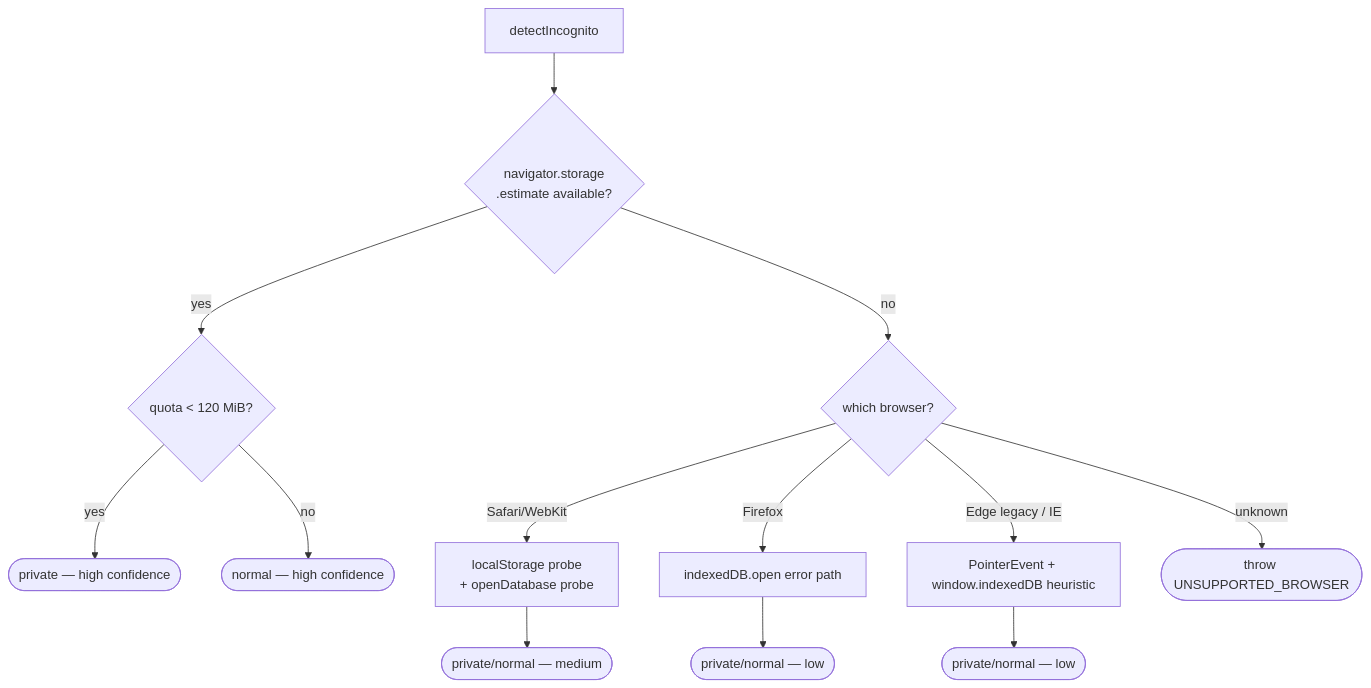
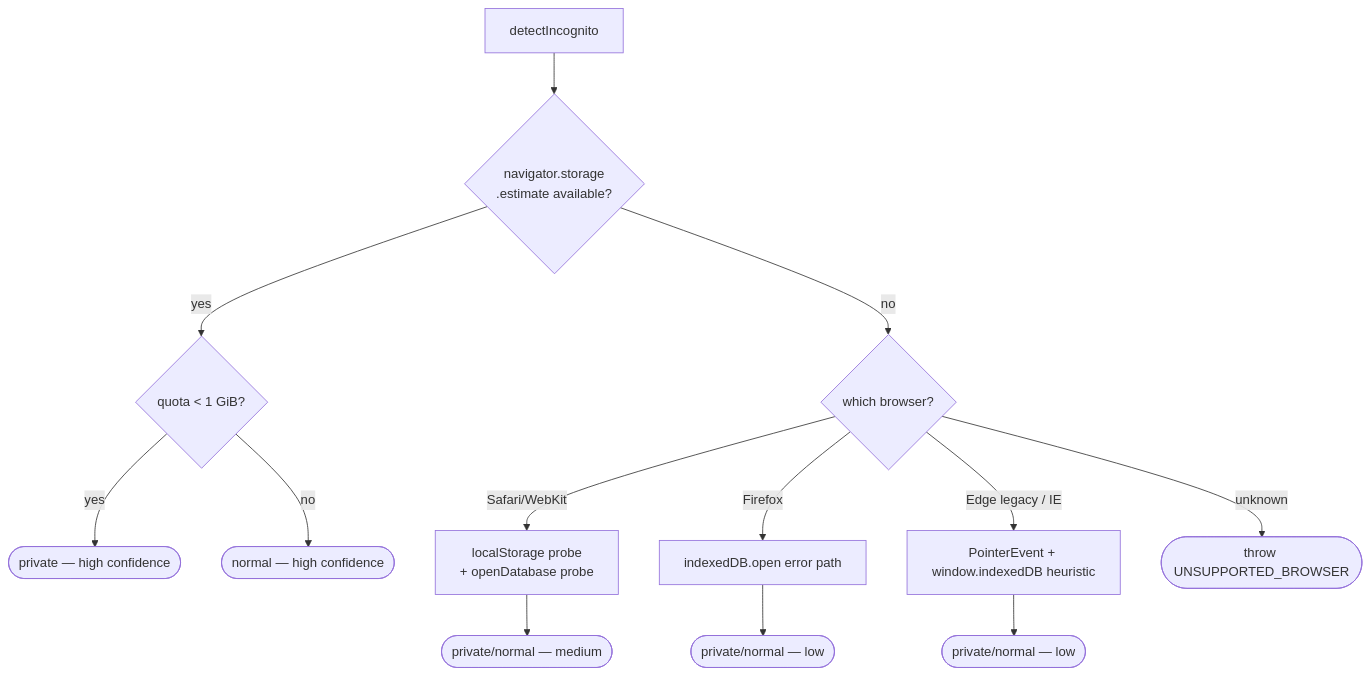
One commit to yankouskia/is-incognito-mode changed the diagram in README.md. Above: the diagram before and after it, drawn with Mermaid. The commit also changed other lines of this file and 5 other files, not shown here.

````diff
--- a/README.md
+++ b/README.md
@@ -113,15 +113,15 @@
 ```mermaid
 flowchart TD
     A[detectIncognito] --> B{navigator.storage<br/>.estimate available?}
-    B -- yes --> C{quota &lt; 120 MiB?}
+    B -- yes --> C{quota &lt; 1 GiB?}
     C -- yes --> R1([private — high confidence])
     C -- no --> R2([normal — high confidence])
     B -- no --> D{which browser?}
     D -- Safari/WebKit --> E[localStorage probe<br/>+ openDatabase probe]
     D -- Firefox --> F[indexedDB.open error path]
     D -- Edge legacy / IE --> G[PointerEvent + window.indexedDB heuristic]
     D -- unknown --> X([throw UNSUPPORTED_BROWSER])
     E --> R3([private/normal — medium])
     F --> R4([private/normal — low])
     G --> R5([private/normal — low])
 ```
````
